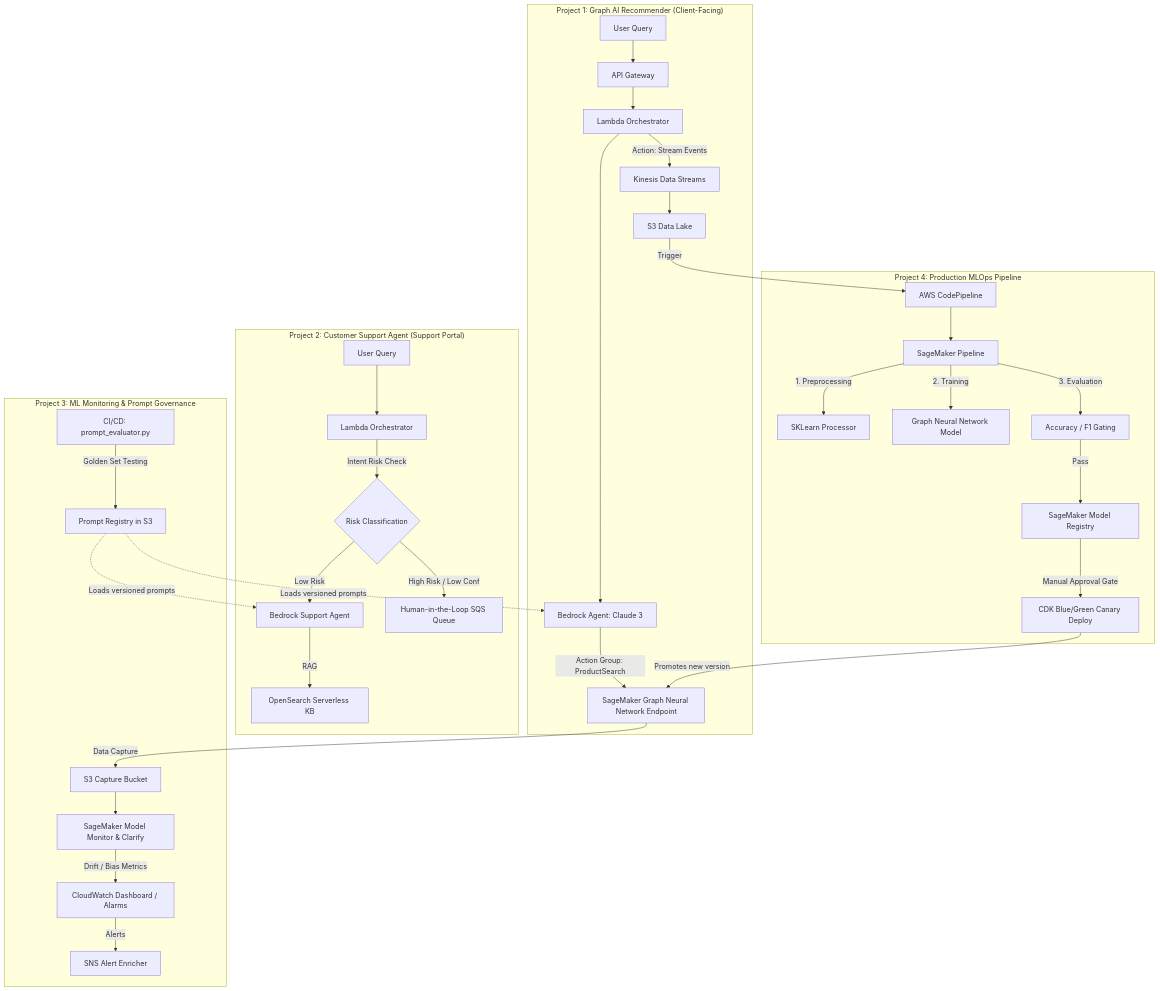
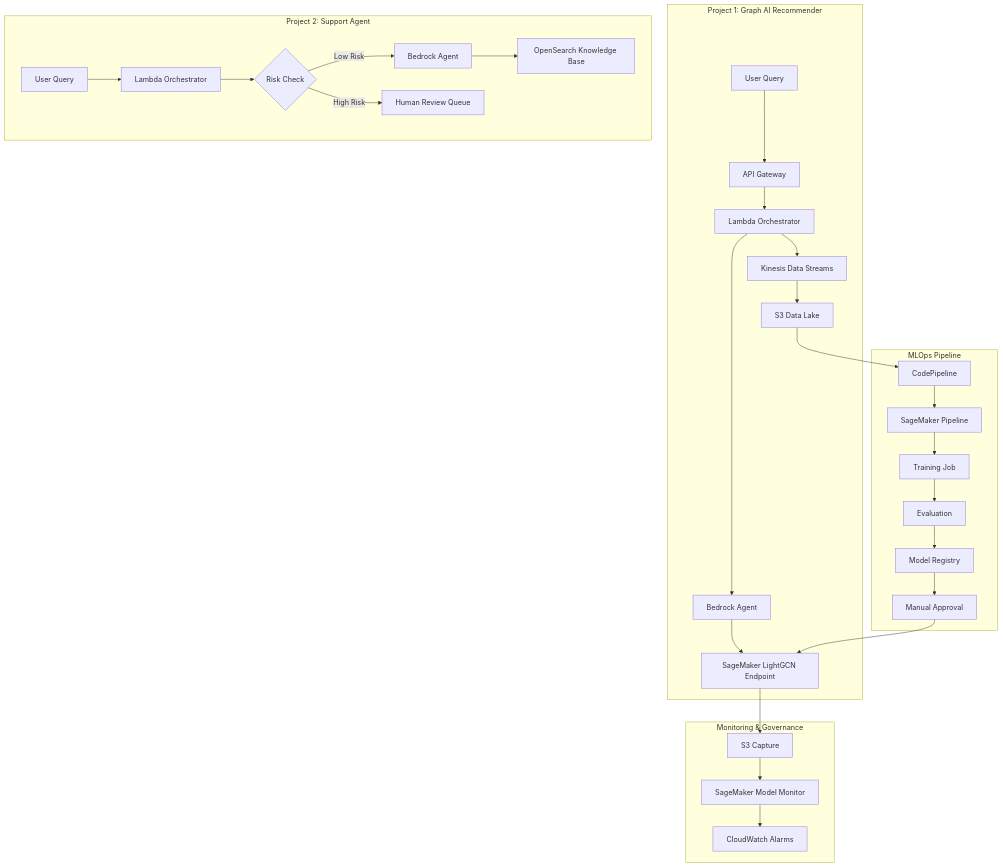
Before and after one commit to echodelta123/aws-lego-ai: the diagram in README.md, drawn with Mermaid. The commit also changed other lines of this file, not shown here.

````diff
--- a/README.md
+++ b/README.md
@@ -27,45 +38,35 @@
 ```mermaid
 graph TD
-    %% Project 1: Recommendation Engine
-    subgraph P1 ["Project 1: Graph AI Recommender (Client-Facing)"]
+    subgraph P1 ["Project 1: Graph AI Recommender"]
         A[User Query] --> B[API Gateway]
         B --> C[Lambda Orchestrator]
-        C --> D[Bedrock Agent: Claude 3]
-        D -->|Action Group: ProductSearch| E[SageMaker Graph Neural Network Endpoint]
-        C -->|Action: Stream Events| F[Kinesis Data Streams]
+        C --> D[Bedrock Agent]
+        D --> E[SageMaker LightGCN Endpoint]
+        C --> F[Kinesis Data Streams]
         F --> G[S3 Data Lake]
     end
 
-    %% Project 2: Support Agent
-    subgraph P2 ["Project 2: Customer Support Agent (Support Portal)"]
+    subgraph P2 ["Project 2: Support Agent"]
         H[User Query] --> I[Lambda Orchestrator]
-        I -->|Intent Risk Check| J{Risk Classification}
-        J -->|Low Risk| K[Bedrock Support Agent]
-        K -->|RAG| L[OpenSearch Serverless KB]
-        J -->|High Risk / Low Conf| M[Human-in-the-Loop SQS Queue]
+        I --> J{Risk Check}
+        J -->|Low Risk| K[Bedrock Agent]
+        K --> L[OpenSearch Knowledge Base]
+        J -->|High Risk| M[Human Review Queue]
     end
 
-    %% Project 3: Monitoring & Governance
-    subgraph P3 ["Project 3: ML Monitoring & Prompt Governance"]
-        E -->|Data Capture| N[S3 Capture Bucket]
-        N --> O[SageMaker Model Monitor & Clarify]
-        O -->|Drift / Bias Metrics| P[CloudWatch Dashboard / Alarms]
-        P -->|Alerts| Q[SNS Alert Enricher]
-        
-        R[Prompt Registry in S3] -.->|Loads versioned prompts| K
-        R -.->|Loads versioned prompts| D
-        S[CI/CD: prompt_evaluator.py] -->|Golden Set Testing| R
+    subgraph P3 ["Monitoring & Governance"]
+        E --> N[S3 Capture]
+        N --> O[SageMaker Model Monitor]
+        O --> P[CloudWatch Alarms]
     end
 
-    %% Project 4: MLOps Pipeline
-    subgraph P4 ["Project 4: Production MLOps Pipeline"]
-        G -->|Trigger| T[AWS CodePipeline]
+    subgraph P4 ["MLOps Pipeline"]
+        G --> T[CodePipeline]
         T --> U[SageMaker Pipeline]
-        U -->|1. Preprocessing| V[SKLearn Processor]
-        U -->|2. Training| W[Graph Neural Network Model]
-        U -->|3. Evaluation| X[Accuracy / F1 Gating]
-        X -->|Pass| Y[SageMaker Model Registry]
-        Y -->|Manual Approval Gate| Z[CDK Blue/Green Canary Deploy]
-        Z -->|Promotes new version| E
+        U --> V[Training Job]
+        V --> W[Evaluation]
+        W --> X[Model Registry]
+        X --> Y[Manual Approval]
+        Y --> E
     end
 ```
````
